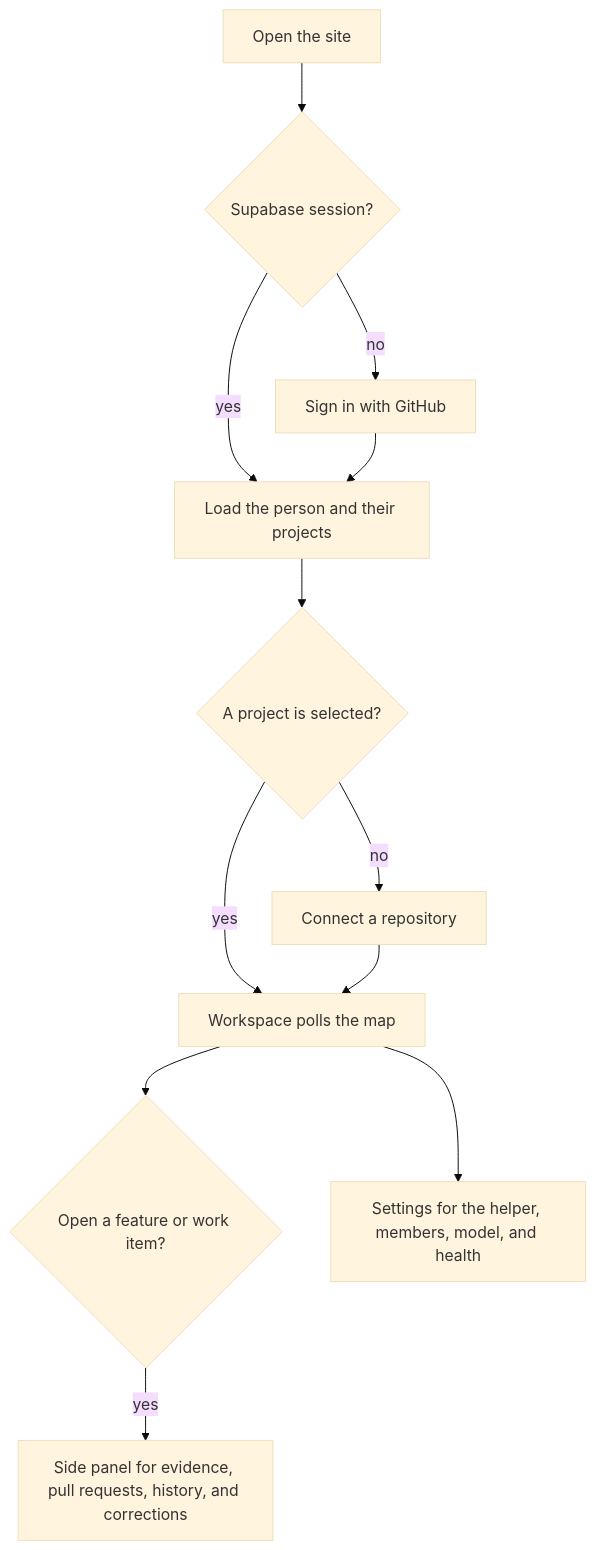
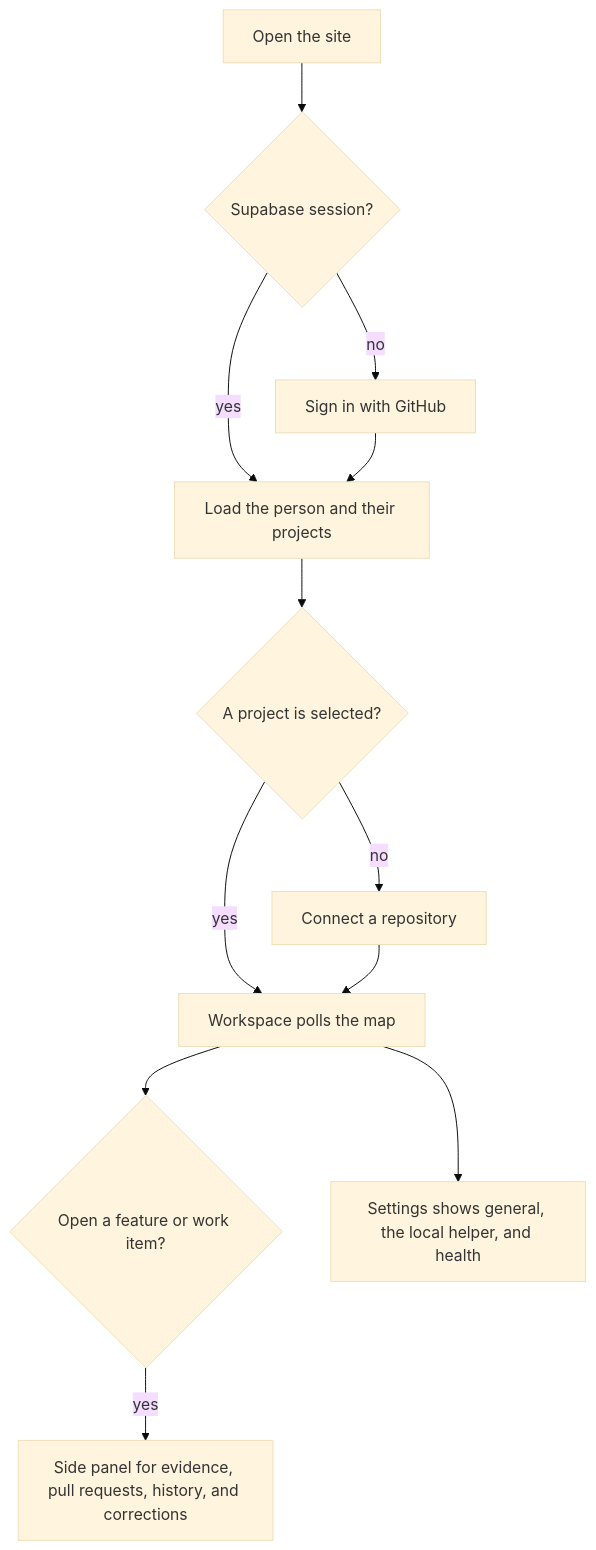
Before and after one commit to bryanlaiwei/Contour: the diagram in apps/web/README.md, drawn with Mermaid (base theme). The commit also changed other lines of this file and 4 other files, not shown here.

First line of the commit message:
Update the app READMEs so each diagram matches what that process does.

````diff
--- a/apps/web/README.md
+++ b/apps/web/README.md
@@ -7,14 +7,14 @@
 ```mermaid
 flowchart TD
   open["Open the site"] --> session{"Supabase session?"}
   session -->|no| signin["Sign in with GitHub"]
   session -->|yes| account["Load the person and their projects"]
   signin --> account
   account --> chosen{"A project is selected?"}
   chosen -->|no| onboard["Connect a repository"]
   chosen -->|yes| map["Workspace polls the map"]
   onboard --> map
   map --> picked{"Open a feature or work item?"}
   picked -->|yes| panel["Side panel for evidence, pull requests, history, and corrections"]
-  map --> settings["Settings for the helper, members, model, and health"]
+  map --> settings["Settings shows general, the local helper, and health"]
 ```
````
